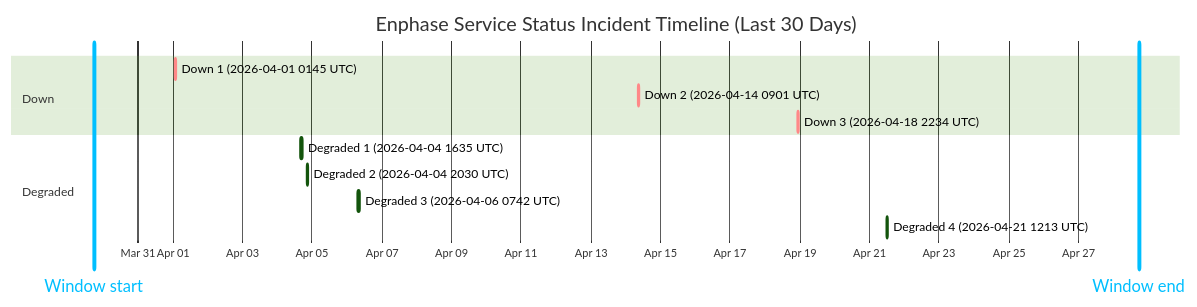
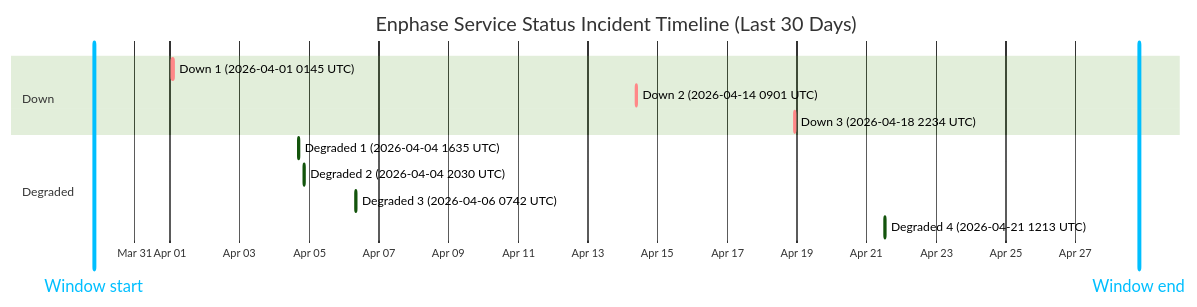
The diagram in wiki/Service-Status-History.md (barneyonline/ha-enphase-ev-charger), drawn with Mermaid (forest theme) before and after one commit. The commit also changed other lines of this file and 3 other files, not shown here.

````diff
--- a/wiki/Service-Status-History.md
+++ b/wiki/Service-Status-History.md
@@ -14,17 +14,17 @@
 ```mermaid
 gantt
     title Enphase Service Status Incident Timeline (Last 30 Days)
     dateFormat  YYYY-MM-DDTHH:mm:ss
     axisFormat  %b %d
-    Window start :vert, window-start, 2026-03-29T17:45:44, 0ms
-    Window end :vert, window-end, 2026-04-28T17:45:44, 0ms
+    Window start :vert, window-start, 2026-03-29T19:40:09, 0ms
+    Window end :vert, window-end, 2026-04-28T19:40:09, 0ms
     section Down
     Down 1 (2026-04-01 0145 UTC) :crit, down-1, 2026-04-01T01:45:09, 60m
     Down 2 (2026-04-14 0901 UTC) :crit, down-2, 2026-04-14T09:01:13, 60m
     Down 3 (2026-04-18 2234 UTC) :crit, down-3, 2026-04-18T22:34:13, 60m
     section Degraded
     Degraded 1 (2026-04-04 1635 UTC) :active, degraded-1, 2026-04-04T16:35:17, 60m
     Degraded 2 (2026-04-04 2030 UTC) :active, degraded-2, 2026-04-04T20:30:40, 60m
     Degraded 3 (2026-04-06 0742 UTC) :active, degraded-3, 2026-04-06T07:42:09, 85m
     Degraded 4 (2026-04-21 1213 UTC) :active, degraded-4, 2026-04-21T12:13:11, 60m
 ```
````
